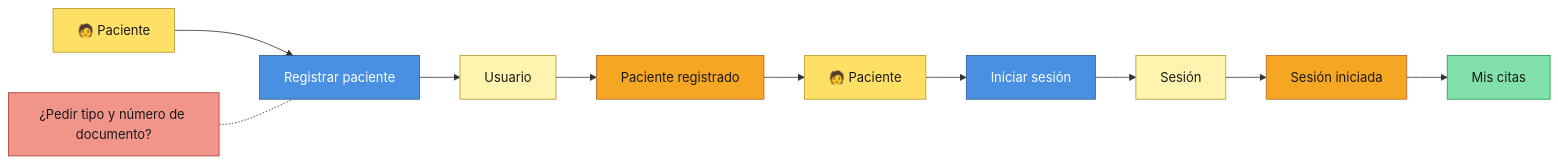
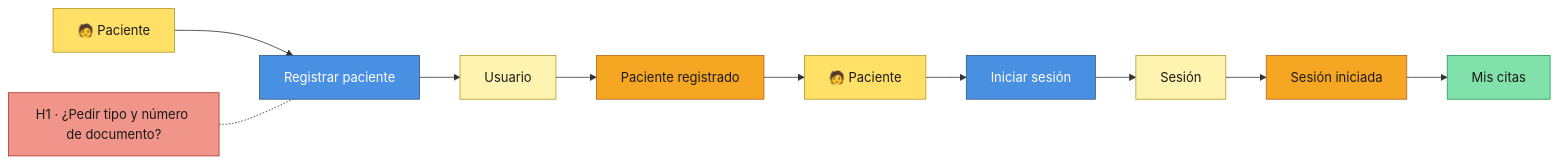
Before and after one commit to fox123abc/Clinica: the third of 9 diagrams in docs/DDD-EVENT-STORMING.md, drawn with Mermaid. The commit also changed other lines of this file and 6 other files, not shown here.

````diff
--- a/docs/DDD-EVENT-STORMING.md
+++ b/docs/DDD-EVENT-STORMING.md
@@ -172,15 +172,15 @@
 ```mermaid
 flowchart LR
     A1["🧑 Paciente"]:::actor --> C1["Registrar paciente"]:::comando --> G1["Usuario"]:::agregado --> E1["Paciente registrado"]:::evento
     E1 --> A2["🧑 Paciente"]:::actor --> C2["Iniciar sesión"]:::comando --> G2["Sesión"]:::agregado --> E2["Sesión iniciada"]:::evento
     E2 --> R1["Mis citas"]:::lectura
 
-    H1["¿Pedir tipo y número de documento?"]:::hotspot -.- C1
+    H1["H1 · ¿Pedir tipo y número de documento?"]:::hotspot -.- C1
 
     classDef evento fill:#F5A623,stroke:#B5651D,color:#1A1A1A
     classDef comando fill:#4A90E2,stroke:#2C5A8C,color:#FFFFFF
     classDef actor fill:#FFE066,stroke:#B39A2B,color:#1A1A1A
     classDef agregado fill:#FFF3B0,stroke:#B39A2B,color:#1A1A1A
     classDef lectura fill:#82E0AA,stroke:#239B56,color:#1A1A1A
     classDef hotspot fill:#F1948A,stroke:#B03A2E,color:#1A1A1A
 ```
````
